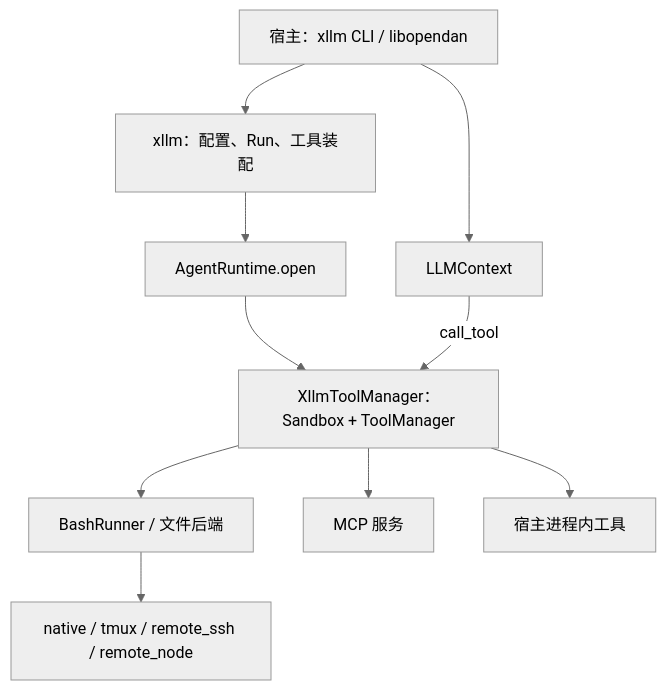
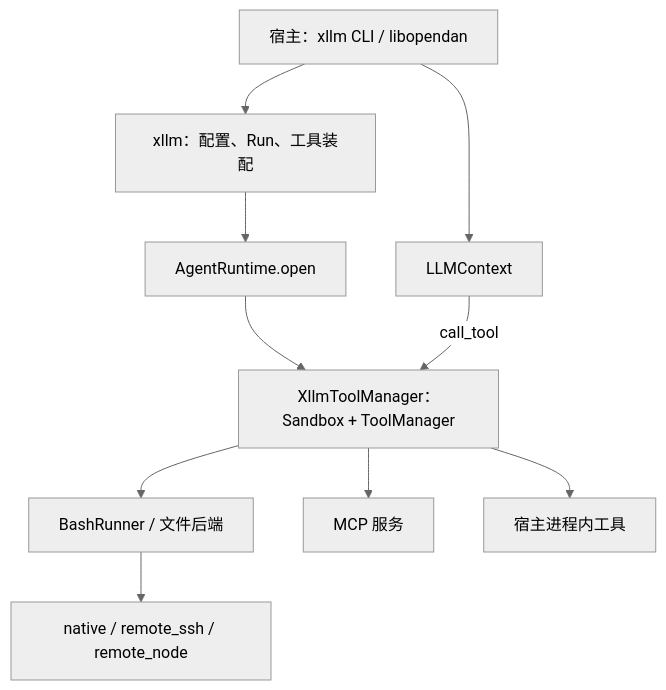
The diagram in doc/llm_context/AgentRuntime 设计.md (buckyos/buckyos), drawn with Mermaid (neutral theme) before and after one commit. The commit also changed other lines of this file and 59 other files, not shown here.

````diff
--- a/doc/llm_context/AgentRuntime 设计.md
+++ b/doc/llm_context/AgentRuntime 设计.md
@@ -20,12 +20,12 @@
 ```mermaid
 flowchart TD
     H["宿主：xllm CLI / libopendan"] --> X["xllm：配置、Run、工具装配"]
     X --> R["AgentRuntime.open"]
     R --> S["XllmToolManager：Sandbox + ToolManager"]
     H --> L["LLMContext"]
     L -->|call_tool| S
     S --> B["BashRunner / 文件后端"]
-    B --> N["native / tmux / remote_ssh / remote_node"]
+    B --> N["native / remote_ssh / remote_node"]
     S --> M["MCP 服务"]
     S --> T["宿主进程内工具"]
 ```
````
